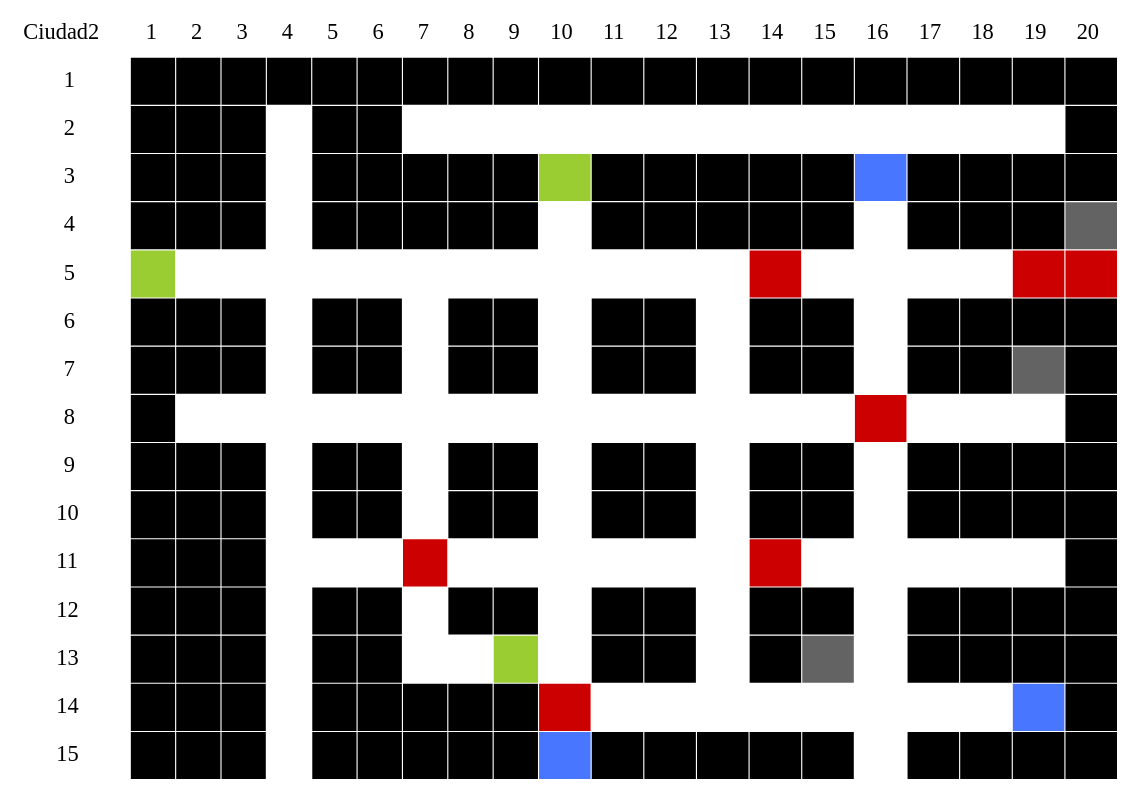
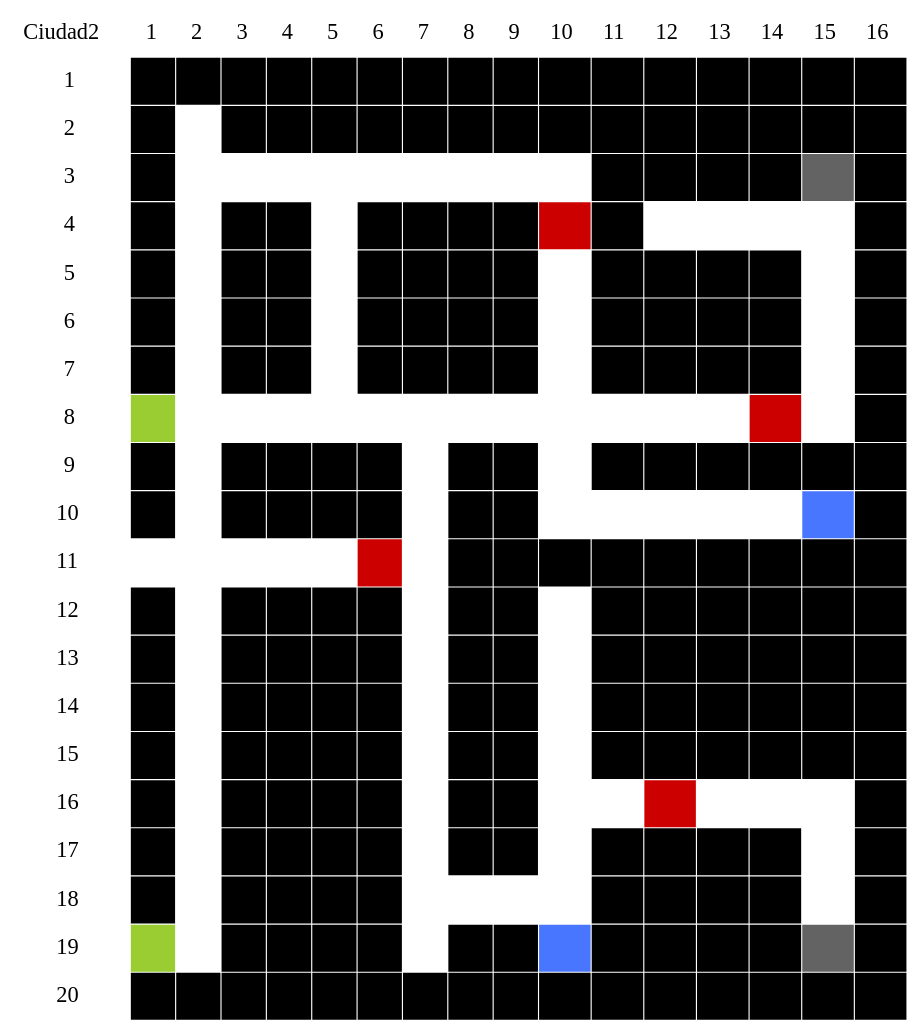
The diagram in MapasGenerados/Matriz_Ciudad2.dot (rodrialeh01/IPC2_Proyecto2_201900042), drawn with Graphviz before and after one commit. The commit also changed 3 other files, not shown here.

```diff
--- a/MapasGenerados/Matriz_Ciudad2.dot
+++ b/MapasGenerados/Matriz_Ciudad2.dot
@@ -3,14 +3,10 @@
 	patron [fontsize="40pt", label=<
 <TABLE BORDER="0" CELLBORDER="0" CELLSPACING="2" CELLPADDING="20">
 <TR>
-    <TD border="0">Ciudad2</TD><TD border="0">1</TD><TD border="0">2</TD><TD border="0">3</TD><TD border="0">4</TD><TD border="0">5</TD><TD border="0">6</TD><TD border="0">7</TD><TD border="0">8</TD><TD border="0">9</TD><TD border="0">10</TD><TD border="0">11</TD><TD border="0">12</TD><TD border="0">13</TD><TD border="0">14</TD><TD border="0">15</TD><TD border="0">16</TD><TD border="0">17</TD><TD border="0">18</TD><TD border="0">19</TD><TD border="0">20</TD>
+    <TD border="0">Ciudad2</TD><TD border="0">1</TD><TD border="0">2</TD><TD border="0">3</TD><TD border="0">4</TD><TD border="0">5</TD><TD border="0">6</TD><TD border="0">7</TD><TD border="0">8</TD><TD border="0">9</TD><TD border="0">10</TD><TD border="0">11</TD><TD border="0">12</TD><TD border="0">13</TD><TD border="0">14</TD><TD border="0">15</TD><TD border="0">16</TD>
 </TR>
 <TR>
         <TD border="0">1</TD>
-<TD bgcolor="black">   </TD>
-<TD bgcolor="black">   </TD>
-<TD bgcolor="black">   </TD>
-<TD bgcolor="black">   </TD>
 <TD bgcolor="black">   </TD>
 <TD bgcolor="black">   </TD>
 <TD bgcolor="black">   </TD>
@@ -30,10 +26,23 @@
 <TR>
         <TD border="0">2</TD>
 <TD bgcolor="black">   </TD>
+<TD>   </TD>
 <TD bgcolor="black">   </TD>
 <TD bgcolor="black">   </TD>
-<TD>   </TD>
 <TD bgcolor="black">   </TD>
+<TD bgcolor="black">   </TD>
+<TD bgcolor="black">   </TD>
+<TD bgcolor="black">   </TD>
+<TD bgcolor="black">   </TD>
+<TD bgcolor="black">   </TD>
+<TD bgcolor="black">   </TD>
+<TD bgcolor="black">   </TD>
+<TD bgcolor="black">   </TD>
+<TD bgcolor="black">   </TD>
+<TD bgcolor="black">   </TD>
+<TD bgcolor="black">   </TD></TR>
+<TR>
+        <TD border="0">3</TD>
 <TD bgcolor="black">   </TD>
 <TD>   </TD>
 <TD>   </TD>
@@ -44,14 +53,16 @@
 <TD>   </TD>
 <TD>   </TD>
 <TD>   </TD>
-<TD>   </TD>
-<TD>   </TD>
-<TD>   </TD>
-<TD>   </TD>
+<TD bgcolor="black">   </TD>
+<TD bgcolor="black">   </TD>
+<TD bgcolor="black">   </TD>
+<TD bgcolor="black">   </TD>
+<TD bgcolor="grey39">   </TD>
 <TD bgcolor="black">   </TD></TR>
 <TR>
-        <TD border="0">3</TD>
+        <TD border="0">4</TD>
 <TD bgcolor="black">   </TD>
+<TD>   </TD>
 <TD bgcolor="black">   </TD>
 <TD bgcolor="black">   </TD>
 <TD>   </TD>
@@ -59,25 +70,20 @@
 <TD bgcolor="black">   </TD>
 <TD bgcolor="black">   </TD>
 <TD bgcolor="black">   </TD>
+<TD bgcolor="red3">   </TD>
 <TD bgcolor="black">   </TD>
-<TD bgcolor="yellowgreen">   </TD>
-<TD bgcolor="black">   </TD>
-<TD bgcolor="black">   </TD>
-<TD bgcolor="black">   </TD>
-<TD bgcolor="black">   </TD>
-<TD bgcolor="black">   </TD>
-<TD bgcolor="royalblue1">   </TD>
-<TD bgcolor="black">   </TD>
-<TD bgcolor="black">   </TD>
-<TD bgcolor="black">   </TD>
+<TD>   </TD>
+<TD>   </TD>
+<TD>   </TD>
+<TD>   </TD>
 <TD bgcolor="black">   </TD></TR>
 <TR>
-        <TD border="0">4</TD>
+        <TD border="0">5</TD>
 <TD bgcolor="black">   </TD>
+<TD>   </TD>
 <TD bgcolor="black">   </TD>
 <TD bgcolor="black">   </TD>
 <TD>   </TD>
-<TD bgcolor="black">   </TD>
 <TD bgcolor="black">   </TD>
 <TD bgcolor="black">   </TD>
 <TD bgcolor="black">   </TD>
@@ -87,14 +93,46 @@
 <TD bgcolor="black">   </TD>
 <TD bgcolor="black">   </TD>
 <TD bgcolor="black">   </TD>
+<TD>   </TD>
+<TD bgcolor="black">   </TD></TR>
+<TR>
+        <TD border="0">6</TD>
+<TD bgcolor="black">   </TD>
+<TD>   </TD>
+<TD bgcolor="black">   </TD>
 <TD bgcolor="black">   </TD>
 <TD>   </TD>
 <TD bgcolor="black">   </TD>
 <TD bgcolor="black">   </TD>
 <TD bgcolor="black">   </TD>
-<TD bgcolor="grey39">   </TD></TR>
+<TD bgcolor="black">   </TD>
+<TD>   </TD>
+<TD bgcolor="black">   </TD>
+<TD bgcolor="black">   </TD>
+<TD bgcolor="black">   </TD>
+<TD bgcolor="black">   </TD>
+<TD>   </TD>
+<TD bgcolor="black">   </TD></TR>
 <TR>
-        <TD border="0">5</TD>
+        <TD border="0">7</TD>
+<TD bgcolor="black">   </TD>
+<TD>   </TD>
+<TD bgcolor="black">   </TD>
+<TD bgcolor="black">   </TD>
+<TD>   </TD>
+<TD bgcolor="black">   </TD>
+<TD bgcolor="black">   </TD>
+<TD bgcolor="black">   </TD>
+<TD bgcolor="black">   </TD>
+<TD>   </TD>
+<TD bgcolor="black">   </TD>
+<TD bgcolor="black">   </TD>
+<TD bgcolor="black">   </TD>
+<TD bgcolor="black">   </TD>
+<TD>   </TD>
+<TD bgcolor="black">   </TD></TR>
+<TR>
+        <TD border="0">8</TD>
 <TD bgcolor="yellowgreen">   </TD>
 <TD>   </TD>
 <TD>   </TD>
@@ -110,13 +148,12 @@
 <TD>   </TD>
 <TD bgcolor="red3">   </TD>
 <TD>   </TD>
+<TD bgcolor="black">   </TD></TR>
+<TR>
+        <TD border="0">9</TD>
+<TD bgcolor="black">   </TD>
 <TD>   </TD>
-<TD>   </TD>
-<TD>   </TD>
-<TD bgcolor="red3">   </TD>
-<TD bgcolor="red3">   </TD></TR>
-<TR>
-        <TD border="0">6</TD>
+<TD bgcolor="black">   </TD>
 <TD bgcolor="black">   </TD>
 <TD bgcolor="black">   </TD>
 <TD bgcolor="black">   </TD>
@@ -126,7 +163,52 @@
 <TD>   </TD>
 <TD bgcolor="black">   </TD>
 <TD bgcolor="black">   </TD>
+<TD bgcolor="black">   </TD>
+<TD bgcolor="black">   </TD>
+<TD bgcolor="black">   </TD>
+<TD bgcolor="black">   </TD></TR>
+<TR>
+        <TD border="0">10</TD>
+<TD bgcolor="black">   </TD>
 <TD>   </TD>
+<TD bgcolor="black">   </TD>
+<TD bgcolor="black">   </TD>
+<TD bgcolor="black">   </TD>
+<TD bgcolor="black">   </TD>
+<TD>   </TD>
+<TD bgcolor="black">   </TD>
+<TD bgcolor="black">   </TD>
+<TD>   </TD>
+<TD>   </TD>
+<TD>   </TD>
+<TD>   </TD>
+<TD>   </TD>
+<TD bgcolor="royalblue1">   </TD>
+<TD bgcolor="black">   </TD></TR>
+<TR>
+        <TD border="0">11</TD>
+<TD>   </TD>
+<TD>   </TD>
+<TD>   </TD>
+<TD>   </TD>
+<TD>   </TD>
+<TD bgcolor="red3">   </TD>
+<TD>   </TD>
+<TD bgcolor="black">   </TD>
+<TD bgcolor="black">   </TD>
+<TD bgcolor="black">   </TD>
+<TD bgcolor="black">   </TD>
+<TD bgcolor="black">   </TD>
+<TD bgcolor="black">   </TD>
+<TD bgcolor="black">   </TD>
+<TD bgcolor="black">   </TD>
+<TD bgcolor="black">   </TD></TR>
+<TR>
+        <TD border="0">12</TD>
+<TD bgcolor="black">   </TD>
+<TD>   </TD>
+<TD bgcolor="black">   </TD>
+<TD bgcolor="black">   </TD>
 <TD bgcolor="black">   </TD>
 <TD bgcolor="black">   </TD>
 <TD>   </TD>
@@ -136,9 +218,14 @@
 <TD bgcolor="black">   </TD>
 <TD bgcolor="black">   </TD>
 <TD bgcolor="black">   </TD>
+<TD bgcolor="black">   </TD>
+<TD bgcolor="black">   </TD>
 <TD bgcolor="black">   </TD></TR>
 <TR>
-        <TD border="0">7</TD>
+        <TD border="0">13</TD>
+<TD bgcolor="black">   </TD>
+<TD>   </TD>
+<TD bgcolor="black">   </TD>
 <TD bgcolor="black">   </TD>
 <TD bgcolor="black">   </TD>
 <TD bgcolor="black">   </TD>
@@ -148,41 +235,15 @@
 <TD>   </TD>
 <TD bgcolor="black">   </TD>
 <TD bgcolor="black">   </TD>
-<TD>   </TD>
 <TD bgcolor="black">   </TD>
+<TD bgcolor="black">   </TD>
+<TD bgcolor="black">   </TD>
+<TD bgcolor="black">   </TD></TR>
+<TR>
+        <TD border="0">14</TD>
 <TD bgcolor="black">   </TD>
 <TD>   </TD>
 <TD bgcolor="black">   </TD>
-<TD bgcolor="black">   </TD>
-<TD>   </TD>
-<TD bgcolor="black">   </TD>
-<TD bgcolor="black">   </TD>
-<TD bgcolor="grey39">   </TD>
-<TD bgcolor="black">   </TD></TR>
-<TR>
-        <TD border="0">8</TD>
-<TD bgcolor="black">   </TD>
-<TD>   </TD>
-<TD>   </TD>
-<TD>   </TD>
-<TD>   </TD>
-<TD>   </TD>
-<TD>   </TD>
-<TD>   </TD>
-<TD>   </TD>
-<TD>   </TD>
-<TD>   </TD>
-<TD>   </TD>
-<TD>   </TD>
-<TD>   </TD>
-<TD>   </TD>
-<TD bgcolor="red3">   </TD>
-<TD>   </TD>
-<TD>   </TD>
-<TD>   </TD>
-<TD bgcolor="black">   </TD></TR>
-<TR>
-        <TD border="0">9</TD>
 <TD bgcolor="black">   </TD>
 <TD bgcolor="black">   </TD>
 <TD bgcolor="black">   </TD>
@@ -192,7 +253,16 @@
 <TD>   </TD>
 <TD bgcolor="black">   </TD>
 <TD bgcolor="black">   </TD>
+<TD bgcolor="black">   </TD>
+<TD bgcolor="black">   </TD>
+<TD bgcolor="black">   </TD>
+<TD bgcolor="black">   </TD></TR>
+<TR>
+        <TD border="0">15</TD>
+<TD bgcolor="black">   </TD>
 <TD>   </TD>
+<TD bgcolor="black">   </TD>
+<TD bgcolor="black">   </TD>
 <TD bgcolor="black">   </TD>
 <TD bgcolor="black">   </TD>
 <TD>   </TD>
@@ -202,9 +272,32 @@
 <TD bgcolor="black">   </TD>
 <TD bgcolor="black">   </TD>
 <TD bgcolor="black">   </TD>
+<TD bgcolor="black">   </TD>
+<TD bgcolor="black">   </TD>
 <TD bgcolor="black">   </TD></TR>
 <TR>
-        <TD border="0">10</TD>
+        <TD border="0">16</TD>
+<TD bgcolor="black">   </TD>
+<TD>   </TD>
+<TD bgcolor="black">   </TD>
+<TD bgcolor="black">   </TD>
+<TD bgcolor="black">   </TD>
+<TD bgcolor="black">   </TD>
+<TD>   </TD>
+<TD bgcolor="black">   </TD>
+<TD bgcolor="black">   </TD>
+<TD>   </TD>
+<TD>   </TD>
+<TD bgcolor="red3">   </TD>
+<TD>   </TD>
+<TD>   </TD>
+<TD>   </TD>
+<TD bgcolor="black">   </TD></TR>
+<TR>
+        <TD border="0">17</TD>
+<TD bgcolor="black">   </TD>
+<TD>   </TD>
+<TD bgcolor="black">   </TD>
 <TD bgcolor="black">   </TD>
 <TD bgcolor="black">   </TD>
 <TD bgcolor="black">   </TD>
@@ -214,114 +307,37 @@
 <TD>   </TD>
 <TD bgcolor="black">   </TD>
 <TD bgcolor="black">   </TD>
-<TD>   </TD>
 <TD bgcolor="black">   </TD>
 <TD bgcolor="black">   </TD>
 <TD>   </TD>
-<TD bgcolor="black">   </TD>
+<TD bgcolor="black">   </TD></TR>
+<TR>
+        <TD border="0">18</TD>
 <TD bgcolor="black">   </TD>
 <TD>   </TD>
 <TD bgcolor="black">   </TD>
-<TD bgcolor="black">   </TD>
-<TD bgcolor="black">   </TD>
-<TD bgcolor="black">   </TD></TR>
-<TR>
-        <TD border="0">11</TD>
 <TD bgcolor="black">   </TD>
 <TD bgcolor="black">   </TD>
 <TD bgcolor="black">   </TD>
 <TD>   </TD>
 <TD>   </TD>
 <TD>   </TD>
-<TD bgcolor="red3">   </TD>
-<TD>   </TD>
-<TD>   </TD>
-<TD>   </TD>
-<TD>   </TD>
-<TD>   </TD>
-<TD>   </TD>
-<TD bgcolor="red3">   </TD>
-<TD>   </TD>
-<TD>   </TD>
-<TD>   </TD>
-<TD>   </TD>
-<TD>   </TD>
-<TD bgcolor="black">   </TD></TR>
-<TR>
-        <TD border="0">12</TD>
-<TD bgcolor="black">   </TD>
-<TD bgcolor="black">   </TD>
-<TD bgcolor="black">   </TD>
-<TD>   </TD>
-<TD bgcolor="black">   </TD>
-<TD bgcolor="black">   </TD>
-<TD>   </TD>
-<TD bgcolor="black">   </TD>
-<TD bgcolor="black">   </TD>
-<TD>   </TD>
-<TD bgcolor="black">   </TD>
-<TD bgcolor="black">   </TD>
-<TD>   </TD>
-<TD bgcolor="black">   </TD>
-<TD bgcolor="black">   </TD>
-<TD>   </TD>
-<TD bgcolor="black">   </TD>
-<TD bgcolor="black">   </TD>
-<TD bgcolor="black">   </TD>
-<TD bgcolor="black">   </TD></TR>
-<TR>
-        <TD border="0">13</TD>
-<TD bgcolor="black">   </TD>
-<TD bgcolor="black">   </TD>
-<TD bgcolor="black">   </TD>
-<TD>   </TD>
-<TD bgcolor="black">   </TD>
-<TD bgcolor="black">   </TD>
-<TD>   </TD>
-<TD>   </TD>
-<TD bgcolor="yellowgreen">   </TD>
-<TD>   </TD>
-<TD bgcolor="black">   </TD>
-<TD bgcolor="black">   </TD>
-<TD>   </TD>
-<TD bgcolor="black">   </TD>
-<TD bgcolor="grey39">   </TD>
-<TD>   </TD>
-<TD bgcolor="black">   </TD>
-<TD bgcolor="black">   </TD>
-<TD bgcolor="black">   </TD>
-<TD bgcolor="black">   </TD></TR>
-<TR>
-        <TD border="0">14</TD>
-<TD bgcolor="black">   </TD>
-<TD bgcolor="black">   </TD>
-<TD bgcolor="black">   </TD>
 <TD>   </TD>
 <TD bgcolor="black">   </TD>
 <TD bgcolor="black">   </TD>
 <TD bgcolor="black">   </TD>
 <TD bgcolor="black">   </TD>
-<TD bgcolor="black">   </TD>
-<TD bgcolor="red3">   </TD>
 <TD>   </TD>
-<TD>   </TD>
-<TD>   </TD>
-<TD>   </TD>
-<TD>   </TD>
-<TD>   </TD>
-<TD>   </TD>
-<TD>   </TD>
-<TD bgcolor="royalblue1">   </TD>
 <TD bgcolor="black">   </TD></TR>
 <TR>
-        <TD border="0">15</TD>
+        <TD border="0">19</TD>
+<TD bgcolor="yellowgreen">   </TD>
+<TD>   </TD>
+<TD bgcolor="black">   </TD>
 <TD bgcolor="black">   </TD>
 <TD bgcolor="black">   </TD>
 <TD bgcolor="black">   </TD>
 <TD>   </TD>
-<TD bgcolor="black">   </TD>
-<TD bgcolor="black">   </TD>
-<TD bgcolor="black">   </TD>
 <TD bgcolor="black">   </TD>
 <TD bgcolor="black">   </TD>
 <TD bgcolor="royalblue1">   </TD>
@@ -329,8 +345,22 @@
 <TD bgcolor="black">   </TD>
 <TD bgcolor="black">   </TD>
 <TD bgcolor="black">   </TD>
+<TD bgcolor="grey39">   </TD>
+<TD bgcolor="black">   </TD></TR>
+<TR>
+        <TD border="0">20</TD>
 <TD bgcolor="black">   </TD>
-<TD>   </TD>
+<TD bgcolor="black">   </TD>
+<TD bgcolor="black">   </TD>
+<TD bgcolor="black">   </TD>
+<TD bgcolor="black">   </TD>
+<TD bgcolor="black">   </TD>
+<TD bgcolor="black">   </TD>
+<TD bgcolor="black">   </TD>
+<TD bgcolor="black">   </TD>
+<TD bgcolor="black">   </TD>
+<TD bgcolor="black">   </TD>
+<TD bgcolor="black">   </TD>
 <TD bgcolor="black">   </TD>
 <TD bgcolor="black">   </TD>
 <TD bgcolor="black">   </TD>
```
